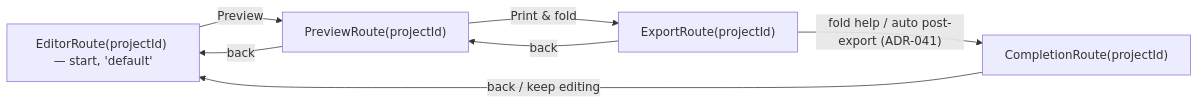
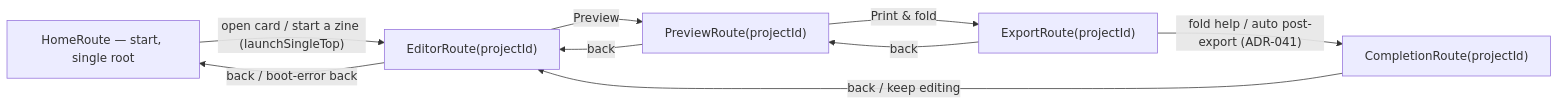
Before and after one commit to aritr-codes/zinely-android: the eighth of 10 diagrams in docs/ARCHITECTURE.md, drawn with Mermaid. The commit also changed other lines of this file and 23 other files, not shown here.

````diff
--- a/docs/ARCHITECTURE.md
+++ b/docs/ARCHITECTURE.md
@@ -272,9 +272,11 @@
 ```mermaid
 flowchart LR
-    Editor["EditorRoute(projectId) — start, 'default'"] -->|Preview| Preview["PreviewRoute(projectId)"]
+    Home["HomeRoute — start, single root"] -->|"open card / start a zine (launchSingleTop)"| Editor["EditorRoute(projectId)"]
+    Editor -->|Preview| Preview["PreviewRoute(projectId)"]
     Preview -->|"Print & fold"| Export["ExportRoute(projectId)"]
     Export -->|"fold help / auto post-export (ADR-041)"| Completion["CompletionRoute(projectId)"]
+    Editor -->|"back / boot-error back"| Home
     Preview -->|back| Editor
     Export -->|back| Preview
     Completion -->|"back / keep editing"| Editor
 ```
````
